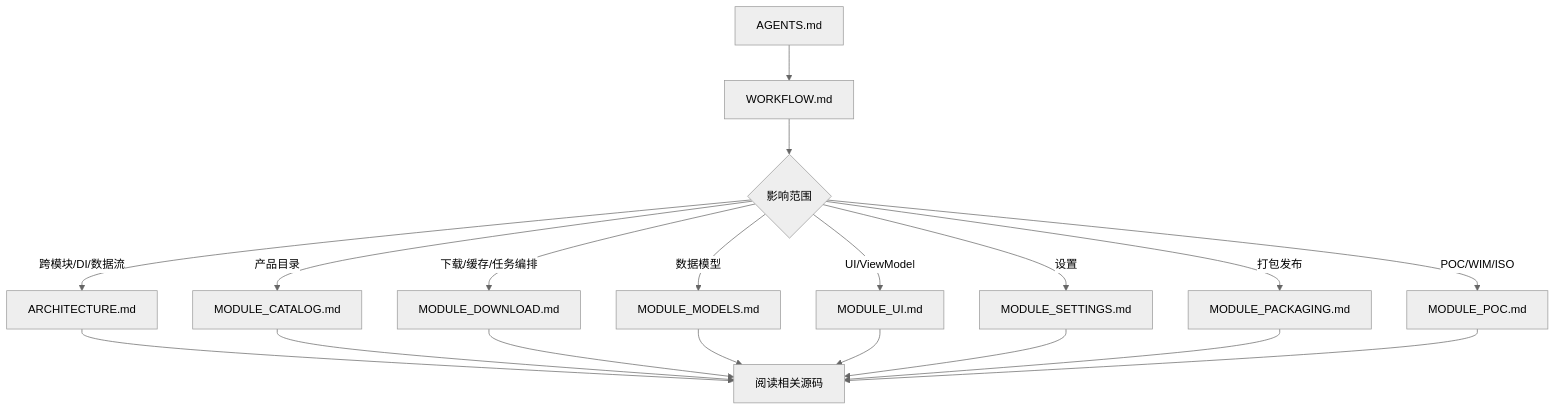
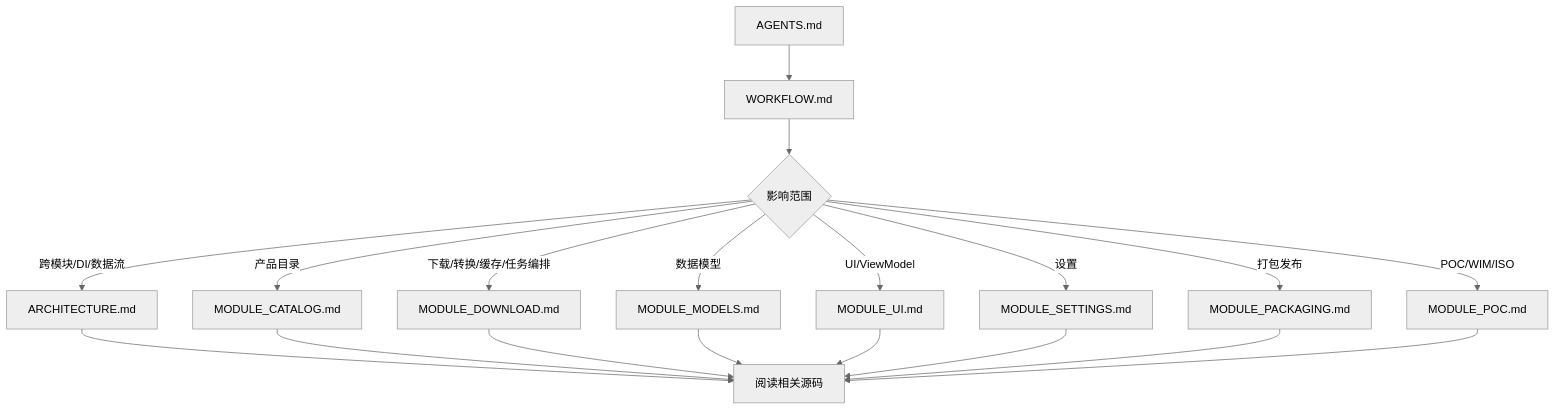
The diagram in docs/WORKFLOW.md (kingsznhone/WinDownloader), drawn with Mermaid (neutral theme) before and after one commit. The commit also changed other lines of this file and 49 other files, not shown here.

````diff
--- a/docs/WORKFLOW.md
+++ b/docs/WORKFLOW.md
@@ -30,21 +31,21 @@
 ```mermaid
 flowchart TD
     A[AGENTS.md] --> B[WORKFLOW.md]
     B --> C{影响范围}
     C -->|跨模块/DI/数据流| D[ARCHITECTURE.md]
     C -->|产品目录| E[MODULE_CATALOG.md]
-    C -->|下载/缓存/任务编排| F[MODULE_DOWNLOAD.md]
+    C -->|下载/转换/缓存/任务编排| F[MODULE_DOWNLOAD.md]
     C -->|数据模型| G[MODULE_MODELS.md]
     C -->|UI/ViewModel| H[MODULE_UI.md]
     C -->|设置| I[MODULE_SETTINGS.md]
     C -->|打包发布| J[MODULE_PACKAGING.md]
     C -->|POC/WIM/ISO| K[MODULE_POC.md]
     D --> L[阅读相关源码]
     E --> L
     F --> L
     G --> L
     H --> L
     I --> L
     J --> L
     K --> L
 ```
````
